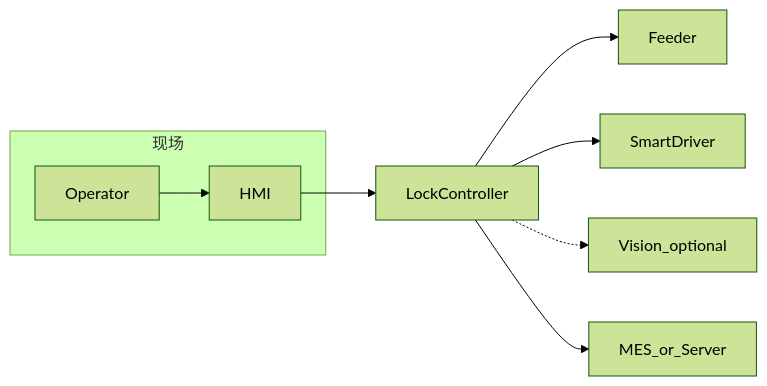
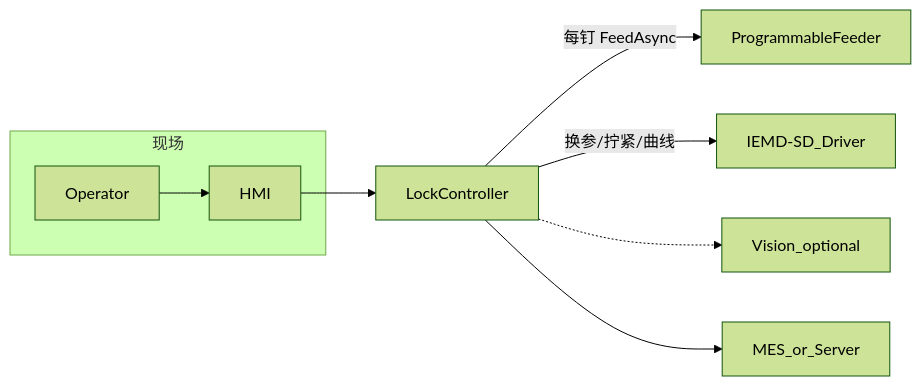
One commit to JacobLiou/AutoScrew changed the diagram in readme.md. Above: the diagram before and after it, drawn with Mermaid (forest theme). The commit also changed other lines of this file and 13 other files, not shown here.

````diff
--- a/readme.md
+++ b/readme.md
@@ -22,18 +24,18 @@
 ```mermaid
 flowchart LR
   subgraph ops [现场]
     Operator[Operator]
     HMI[HMI]
   end
   Controller[LockController]
-  Feeder[Feeder]
-  SmartDriver[SmartDriver]
+  FeederCtrl[ProgrammableFeeder]
+  SmartDriver[IEMD-SD_Driver]
   Vision[Vision_optional]
   MES[MES_or_Server]
   Operator --> HMI
   HMI --> Controller
-  Controller --> Feeder
-  Controller --> SmartDriver
+  Controller -->|"每钉 FeedAsync"| FeederCtrl
+  Controller -->|"换参/拧紧/曲线"| SmartDriver
   Controller -.-> Vision
   Controller --> MES
 ```
````
